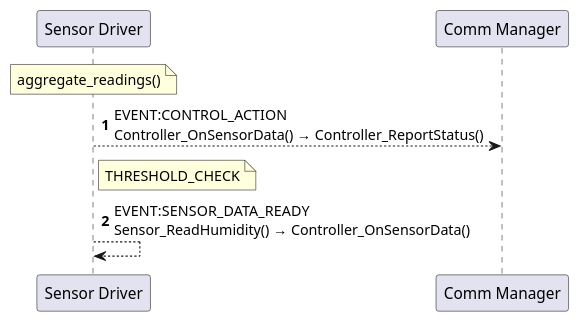
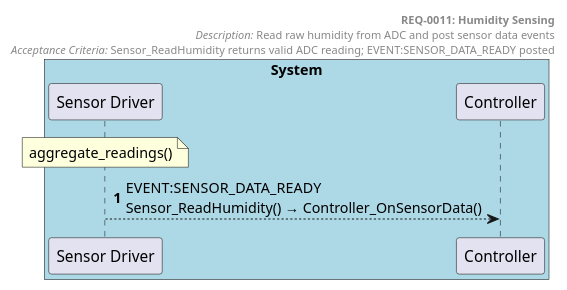
One commit to tvanfossen/doxygen-guard-example changed the diagram in docs/generated/sequences/REQ-0011.puml. Above: the diagram before and after it, drawn with PlantUML. The commit also changed 31 other files, not shown here.

First line of the commit message:
Expand examples: dual requirements, OTA flow, event bus, shadow sync

```diff
--- a/docs/generated/sequences/REQ-0011.puml
+++ b/docs/generated/sequences/REQ-0011.puml
@@ -1,13 +1,19 @@
-@startuml REQ-0011
+@startuml REQ-0011 Humidity Sensing
 autonumber
 
-participant "Sensor Driver" as Sensor_Driver
-participant "Comm Manager" as Comm_Manager
+box "System" #LightBlue
+  participant "Sensor Driver" as Sensor_Driver
+  participant "Controller" as Controller
+end box
+
+header
+  **REQ-0011: Humidity Sensing**
+  //Description:// Read raw humidity from ADC and post sensor data events
+  //Acceptance Criteria:// Sensor_ReadHumidity returns valid ADC reading; EVENT:SENSOR_DATA_READY posted
+end header
 
 note over Sensor_Driver: aggregate_readings()
 
-Sensor_Driver --> Comm_Manager: EVENT:CONTROL_ACTION\nController_OnSensorData() → Controller_ReportStatus()
-note right of Sensor_Driver: THRESHOLD_CHECK
-Sensor_Driver --> Sensor_Driver: EVENT:SENSOR_DATA_READY\nSensor_ReadHumidity() → Controller_OnSensorData()
+Sensor_Driver --> Controller: EVENT:SENSOR_DATA_READY\nSensor_ReadHumidity() → Controller_OnSensorData()
 
 @enduml
```
